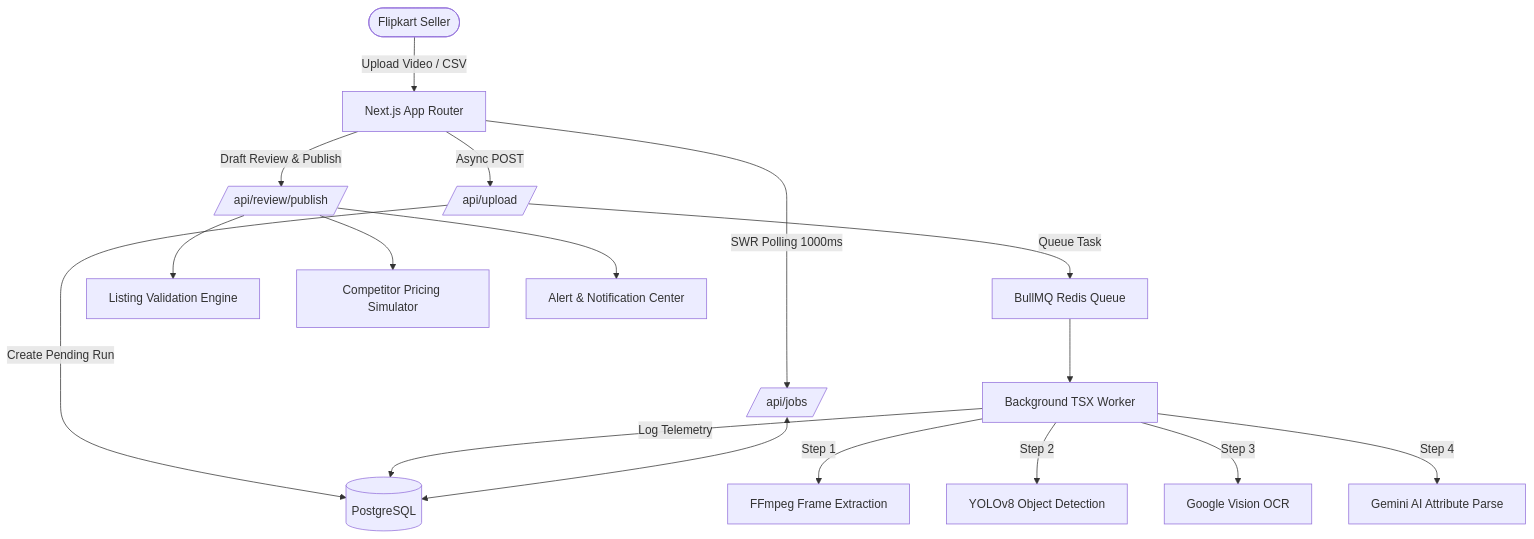
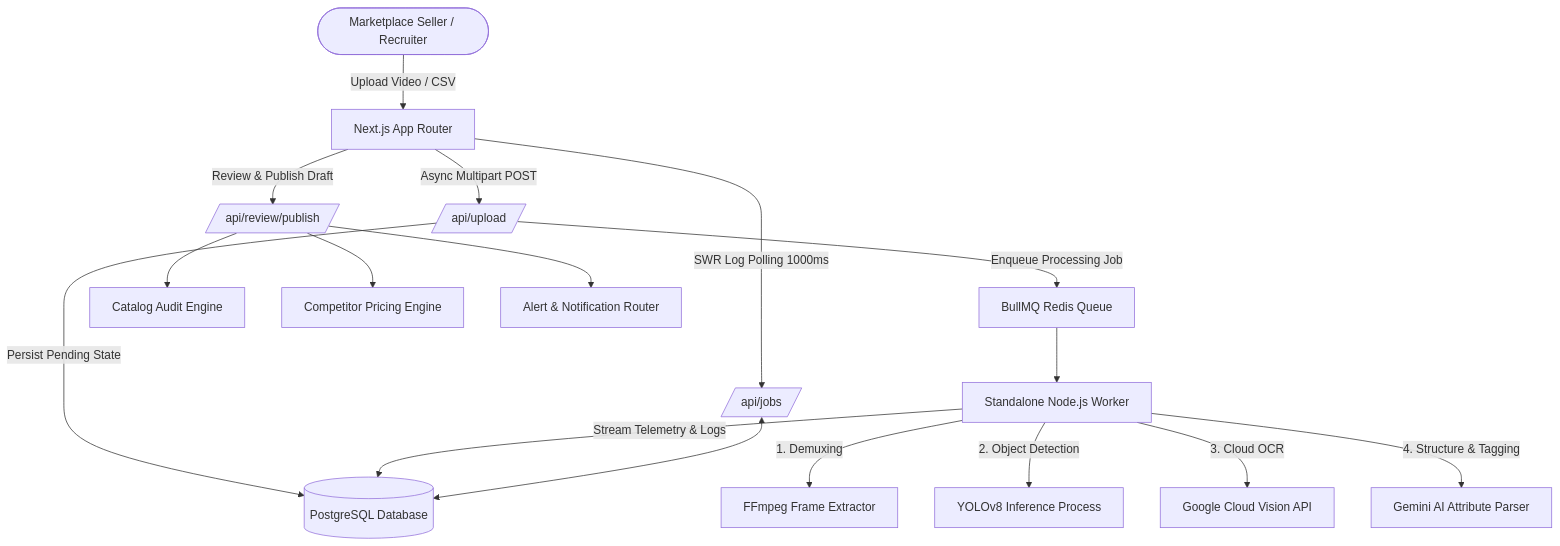
The diagram in README.md (DhananjaiPS/Assignment-Quant), drawn with Mermaid before and after one commit. The commit also changed other lines of this file, not shown here.

Commit message:
docs: update README.md to senior SWE standard with system architecture, trade-offs, and recruiter bypass details

````diff
--- a/README.md
+++ b/README.md
@@ -11,25 +9,25 @@
 ```mermaid
 graph TD
-    User([Flipkart Seller]) -->|Upload Video / CSV| UI[Next.js App Router]
+    User([Marketplace Seller / Recruiter]) -->|Upload Video / CSV| UI[Next.js App Router]
     
-    UI -->|Async POST| API[/api/upload/]
-    API -->|Create Pending Run| DB[(PostgreSQL)]
-    API -->|Queue Task| RedisQueue[BullMQ Redis Queue]
+    UI -->|Async Multipart POST| API[/api/upload/]
+    API -->|Persist Pending State| DB[(PostgreSQL Database)]
+    API -->|Enqueue Processing Job| RedisQueue[BullMQ Redis Queue]
     
-    RedisQueue --> Worker[Background TSX Worker]
+    RedisQueue --> Worker[Standalone Node.js Worker]
     
-    Worker -->|Step 1| FFmpeg[FFmpeg Frame Extraction]
-    Worker -->|Step 2| YOLO[YOLOv8 Object Detection]
-    Worker -->|Step 3| VisionOCR[Google Vision OCR]
-    Worker -->|Step 4| Gemini[Gemini AI Attribute Parse]
-    Worker -->|Log Telemetry| DB
+    Worker -->|1. Demuxing| FFmpeg[FFmpeg Frame Extractor]
+    Worker -->|2. Object Detection| YOLO[YOLOv8 Inference Process]
+    Worker -->|3. Cloud OCR| VisionOCR[Google Cloud Vision API]
+    Worker -->|4. Structure & Tagging| Gemini[Gemini AI Attribute Parser]
+    Worker -->|Stream Telemetry & Logs| DB
     
-    UI -->|SWR Polling 1000ms| JobAPI[/api/jobs/]
+    UI -->|SWR Log Polling 1000ms| JobAPI[/api/jobs/]
     JobAPI <--> DB
     
-    UI -->|Draft Review & Publish| PublishAPI[/api/review/publish/]
+    UI -->|Review & Publish Draft| PublishAPI[/api/review/publish/]
     
-    PublishAPI --> Validator[Listing Validation Engine]
-    PublishAPI --> Repricer[Competitor Pricing Simulator]
-    PublishAPI --> AlertEngine[Alert & Notification Center]
+    PublishAPI --> Validator[Catalog Audit Engine]
+    PublishAPI --> Repricer[Competitor Pricing Engine]
+    PublishAPI --> AlertEngine[Alert & Notification Router]
 ```
````
